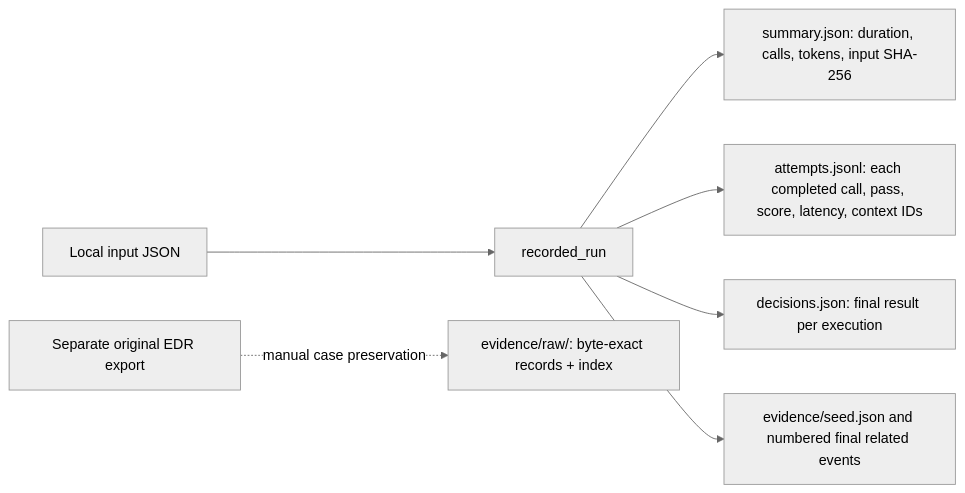
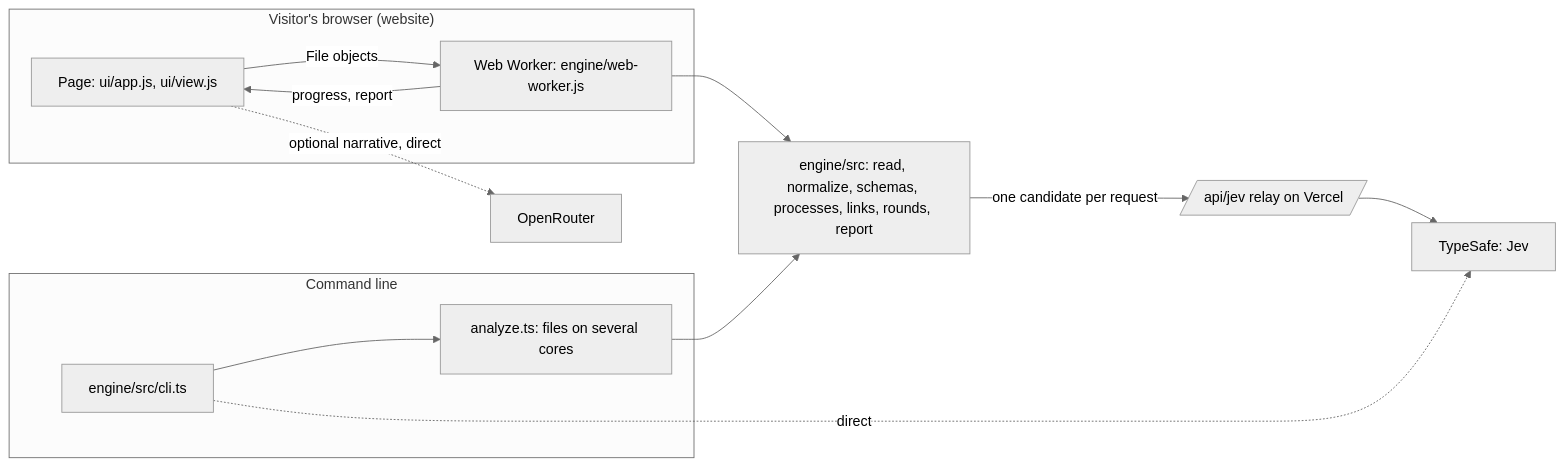
The diagram in ARCHITECTURE.md (tsale/jevline), drawn with Mermaid (neutral theme) before and after one commit. The commit also changed other lines of this file and 53 other files, not shown here.

First line of the commit message:
Run the website on the new engine and remove the Python engine

````diff
--- a/ARCHITECTURE.md
+++ b/ARCHITECTURE.md
@@ -83,9 +7,15 @@
 ```mermaid
 flowchart LR
-    T[Local input JSON] --> R[recorded_run]
-    R --> S[summary.json: duration, calls, tokens, input SHA-256]
-    R --> A[attempts.jsonl: each completed call, pass, score, latency, context IDs]
-    R --> D[decisions.json: final result per execution]
-    R --> E[evidence/seed.json and numbered final related events]
-    X[Separate original EDR export] -. manual case preservation .-> B[evidence/raw/: byte-exact records + index]
+    subgraph Browser["Visitor's browser (website)"]
+      P[Page: ui/app.js, ui/view.js] -- File objects --> W[Web Worker: engine/web-worker.js]
+      W -- progress, report --> P
+    end
+    subgraph Node["Command line"]
+      C[engine/src/cli.ts] --> A[analyze.ts: files on several cores]
+    end
+    W --> E[engine/src: read, normalize, schemas, processes, links, rounds, report]
+    A --> E
+    E -- one candidate per request --> R[/api/jev relay on Vercel/] --> T[TypeSafe: Jev]
+    C -. direct .-> T
+    P -. optional narrative, direct .-> O[OpenRouter]
 ```
````
